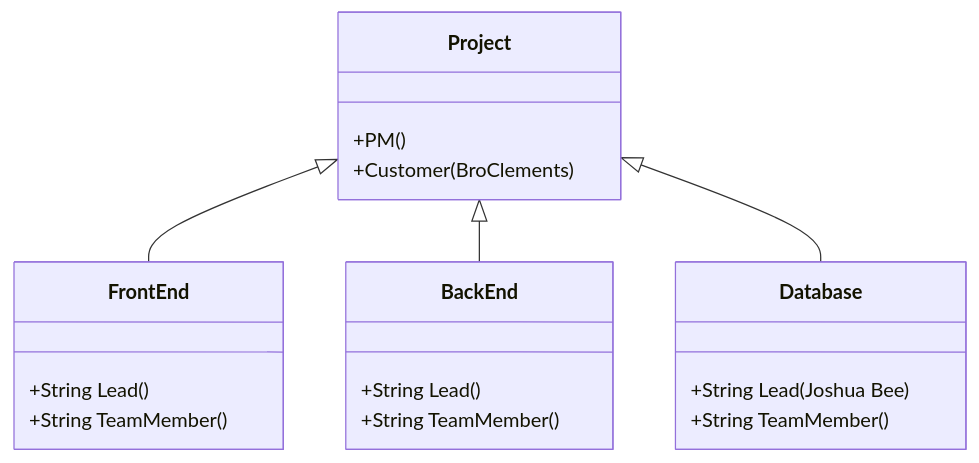
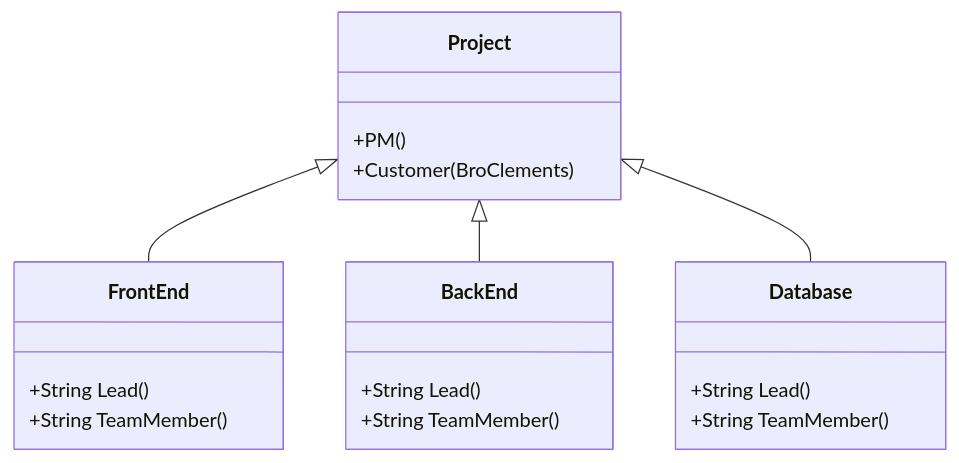
Before and after one commit to byui-cse397/2024WinCSE490PCP: the second of 2 diagrams in ProjectManagement/OrganizationChart/OrganizationChart.md, drawn with Mermaid. The commit also changed other lines of this file, not shown here.

````diff
--- a/ProjectManagement/OrganizationChart/OrganizationChart.md
+++ b/ProjectManagement/OrganizationChart/OrganizationChart.md
@@ -23,20 +23,20 @@
 ```mermaid
 classDiagram
       Project <|-- FrontEnd
       Project <|-- BackEnd
       Project <|-- Database
       Project : +PM()
       Project : +Customer(BroClements)
       class FrontEnd{
           +String Lead()
           +String TeamMember()
       }
       class BackEnd{
           +String Lead()
           +String TeamMember()
       }
       class Database{
-          +String Lead(Joshua Bee)
+          +String Lead()
           +String TeamMember()
       }
 ```
````
